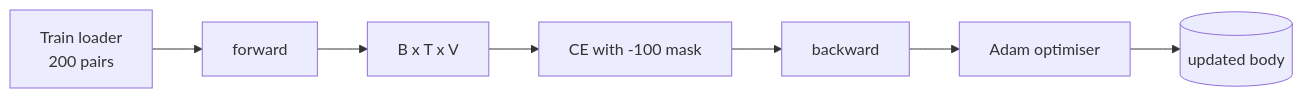
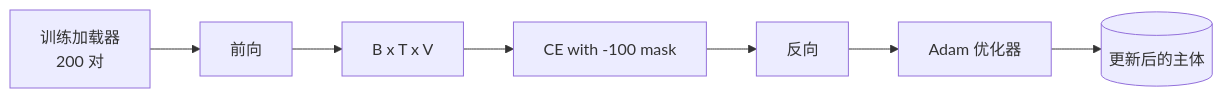
Before and after one commit to guangningsun/ailearning: the third of 3 diagrams in lessons/19-capstone-projects/39-instruction-tuning-sft/docs/zh.md, drawn with Mermaid. The commit also changed other lines of this file and 85 other files, not shown here.

````diff
--- a/lessons/19-capstone-projects/39-instruction-tuning-sft/docs/zh.md
+++ b/lessons/19-capstone-projects/39-instruction-tuning-sft/docs/zh.md
@@ -93,9 +93,9 @@
 ```mermaid
 flowchart LR
-  DL[Train loader<br/>200 pairs] --> Fwd[forward]
+  DL[训练加载器<br/>200 对] --> Fwd[前向]
   Fwd --> Logits[B x T x V]
   Logits --> Loss[CE with -100 mask]
-  Loss --> Bwd[backward]
-  Bwd --> Opt[Adam optimiser]
-  Opt --> Body[(updated body)]
+  Loss --> Bwd[反向]
+  Bwd --> Opt[Adam 优化器]
+  Opt --> Body[(更新后的主体)]
 ```
````
